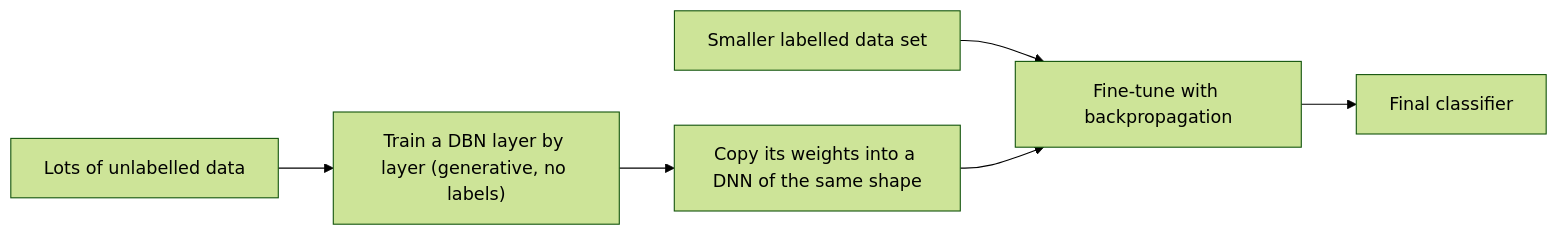
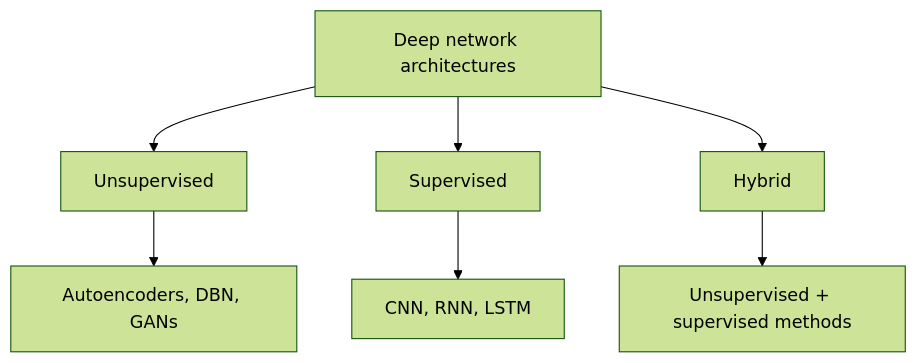
One commit to TrendySloth1001/sem-seven-notes changed the third of 3 diagrams in content/deep-learning/notes/three-classes.mdx. Above: the diagram before and after it, drawn with Mermaid (forest theme). The commit also changed other lines of this file and 168 other files, not shown here.

````diff
--- a/content/deep-learning/notes/three-classes.mdx
+++ b/content/deep-learning/notes/three-classes.mdx
@@ -198,9 +101,10 @@
 ```mermaid
-%% caption: The classic hybrid network. An unsupervised (generative) stage gives the starting weights; a supervised stage then fine-tunes the same network with labels.
-flowchart LR
-  A["Lots of unlabelled data"] --> B["Train a DBN layer by layer (generative, no labels)"]
-  B --> C["Copy its weights into a DNN of the same shape"]
-  D["Smaller labelled data set"] --> E["Fine-tune with backpropagation"]
-  C --> E
-  E --> F["Final classifier"]
+%% caption: Which deep network belongs to which class, as drawn in the class.
+flowchart TD
+  A["Deep network architectures"] --> B["Unsupervised"]
+  A --> C["Supervised"]
+  A --> D["Hybrid"]
+  B --> B1["Autoencoders, DBN, GANs"]
+  C --> C1["CNN, RNN, LSTM"]
+  D --> D1["Unsupervised + supervised methods"]
 ```
````
